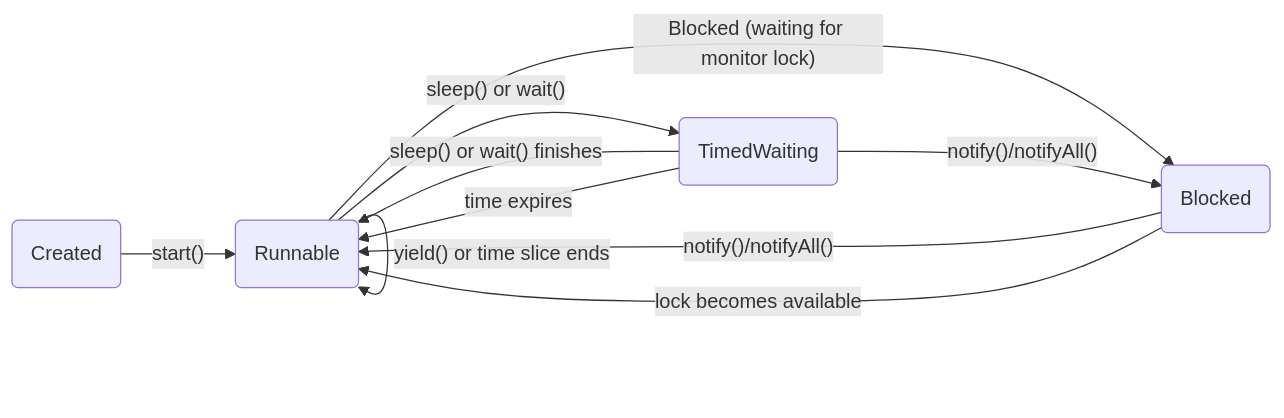
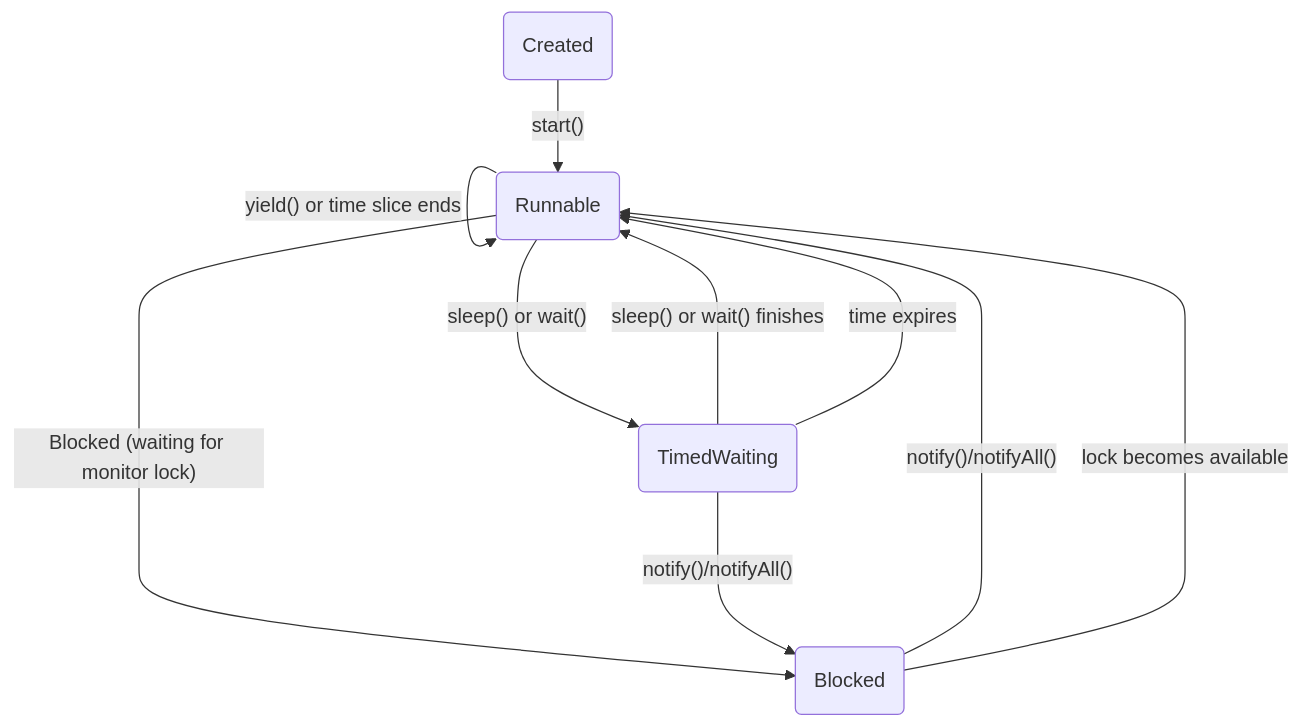
The third of 3 diagrams in docs/education/02-programming-languages/03-backend/02-jvm/01-java.mdx (EliFuzz/tech-labs), drawn with Mermaid before and after one commit.

Commit message:
Fix Thread State graph

````diff
--- a/docs/education/02-programming-languages/03-backend/02-jvm/01-java.mdx
+++ b/docs/education/02-programming-languages/03-backend/02-jvm/01-java.mdx
@@ -2150,13 +2150,13 @@
             ```mermaid
-                graph LR
+                graph TB
 
                     Created(Created) -->|"start()"| Runnable(Runnable)
                     Runnable -->|"Blocked (waiting for monitor lock)"| Blocked(Blocked)
                     Runnable -->|"sleep() or wait()"| TimedWaiting(TimedWaiting)
                     Runnable -->|"yield() or time slice ends"| Runnable
                     Blocked -->|"notify()/notifyAll()"| Runnable
                     Blocked -->|"lock becomes available"| Runnable
-                    TimedWaiting -->|"sleep() or wait() finishes"| Runnable
-                    TimedWaiting -->|"time expires"| Runnable
-                    TimedWaiting -->|"notify()/notifyAll()"| Blocked
+                    TimedWaiting --->|"sleep() or wait() finishes"| Runnable
+                    TimedWaiting --->|"time expires"| Runnable
+                    TimedWaiting --->|"notify()/notifyAll()"| Blocked
             ```
````
